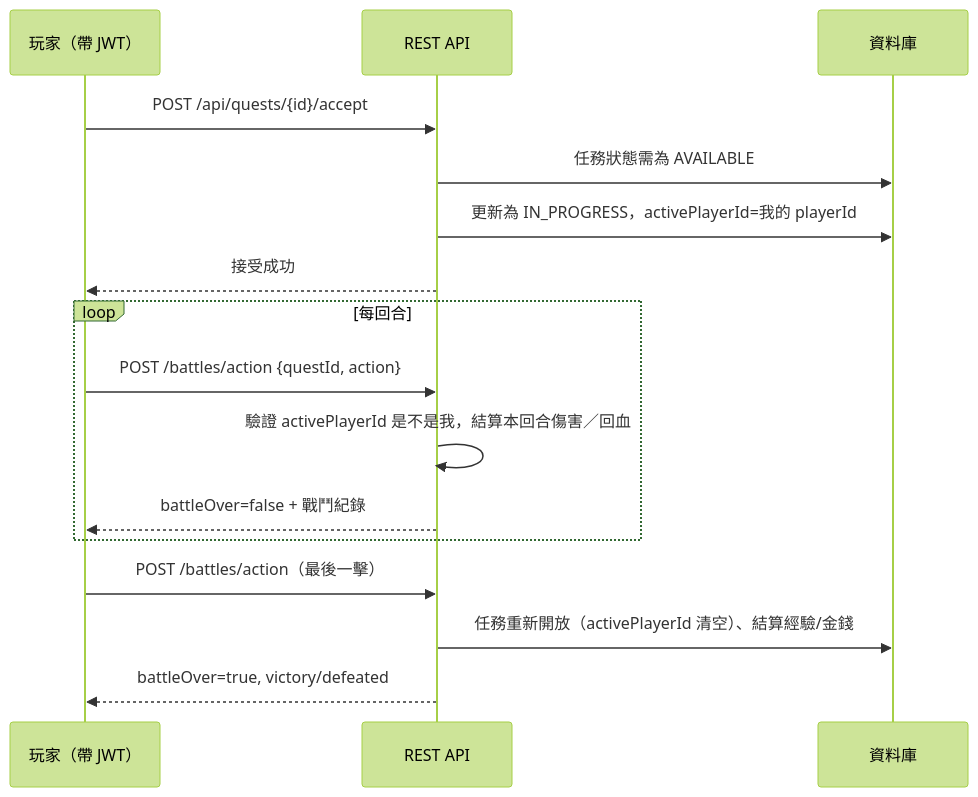
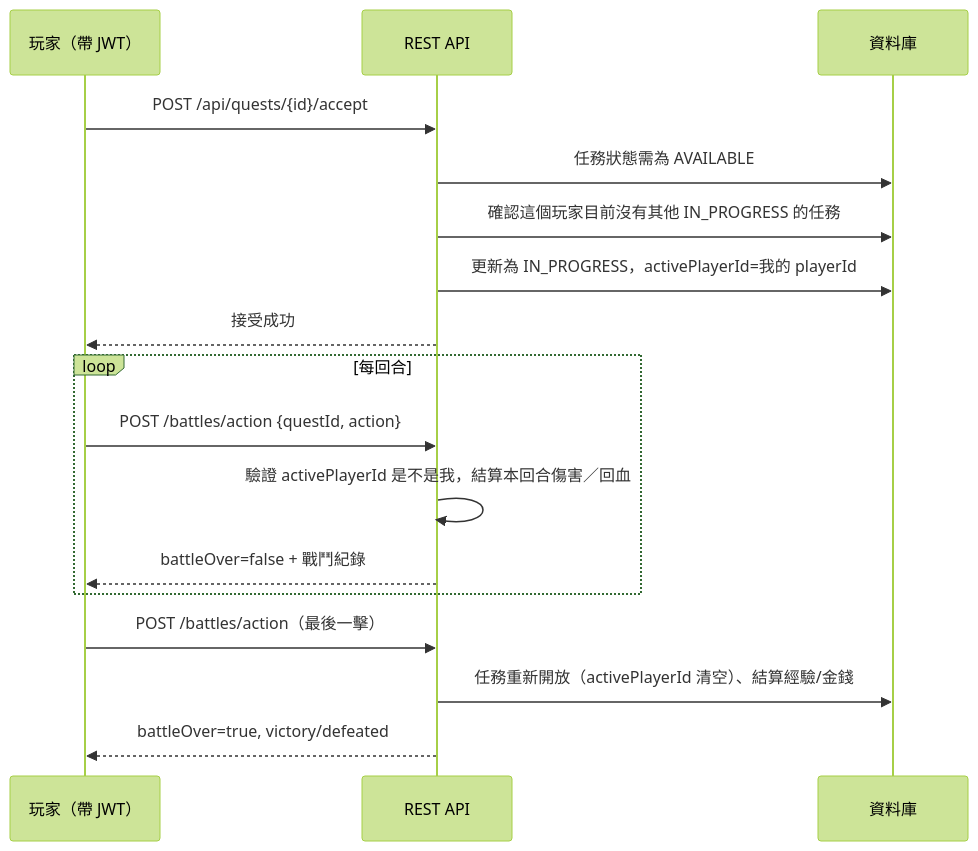
Before and after one commit to wdw0826/monster: the fourth of 4 diagrams in README.md, drawn with Mermaid (forest theme). The commit also changed other lines of this file, not shown here.

````diff
--- a/README.md
+++ b/README.md
@@ -189,21 +208,22 @@
 ```mermaid
 sequenceDiagram
     participant P as 玩家（帶 JWT）
     participant API as REST API
     participant DB as 資料庫
 
     P->>API: POST /api/quests/{id}/accept
     API->>DB: 任務狀態需為 AVAILABLE
+    API->>DB: 確認這個玩家目前沒有其他 IN_PROGRESS 的任務
     API->>DB: 更新為 IN_PROGRESS，activePlayerId=我的 playerId
     API-->>P: 接受成功
 
     loop 每回合
         P->>API: POST /battles/action {questId, action}
         API->>API: 驗證 activePlayerId 是不是我，結算本回合傷害／回血
         API-->>P: battleOver=false + 戰鬥紀錄
     end
 
     P->>API: POST /battles/action（最後一擊）
     API->>DB: 任務重新開放（activePlayerId 清空）、結算經驗/金錢
     API-->>P: battleOver=true, victory/defeated
 ```
````
